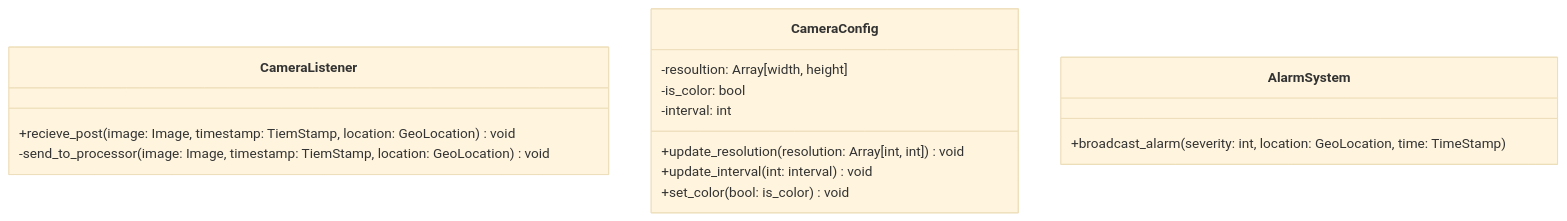
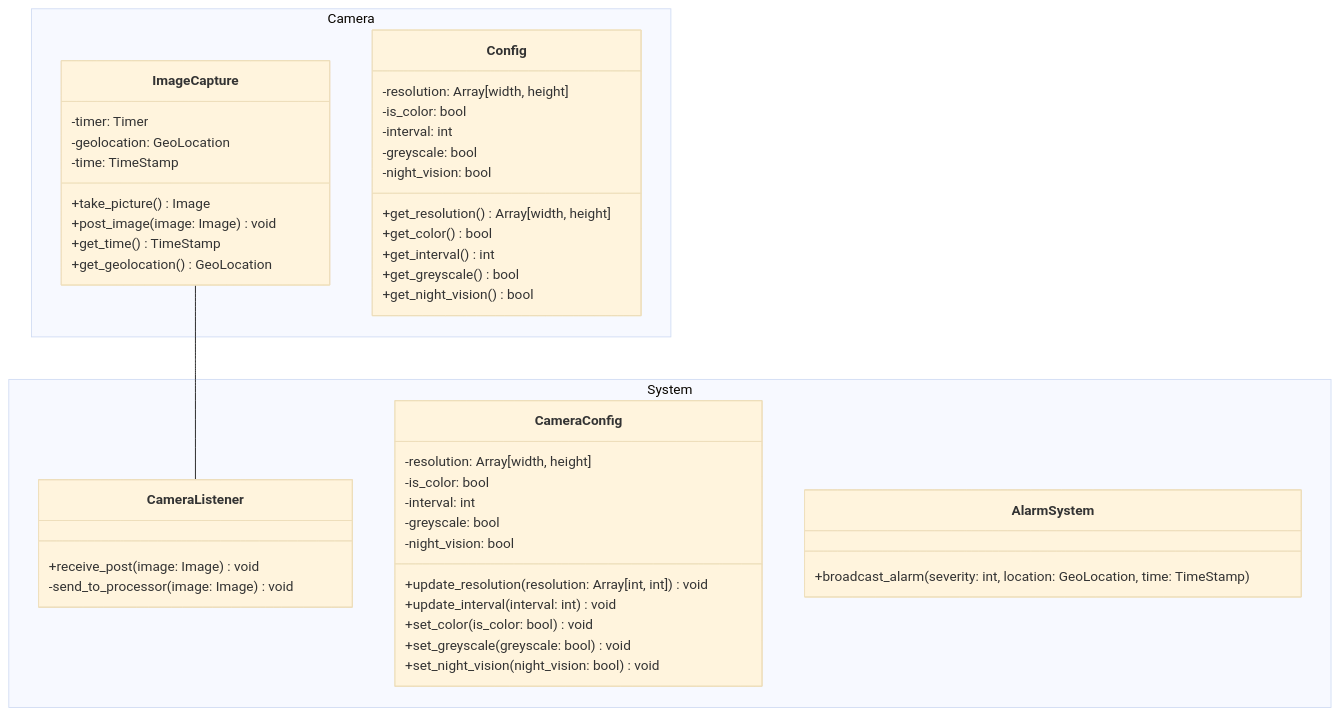
The diagram in backend_UML_class_diagram.mmd (RandomBird058/CS250-F26-Group7), drawn with Mermaid (base theme) before and after one commit.

Commit message:
Updated UML-class-diagram with camera and connecting arrows.

```diff
--- a/backend_UML_class_diagram.mmd
+++ b/backend_UML_class_diagram.mmd
@@ -1,18 +1,54 @@
 classDiagram
-    class CameraListener {
-        +recieve_post(image: Image, timestamp: TiemStamp, location: GeoLocation) void
-        -send_to_processor(image: Image, timestamp: TiemStamp, location: GeoLocation) void
+    namespace Camera {
+        class ImageCapture {
+            -timer: Timer
+            -geolocation: GeoLocation
+            -time: TimeStamp
+
+            +take_picture() Image
+            +post_image(image: Image) void
+            +get_time() TimeStamp
+            +get_geolocation() GeoLocation
+        }
+
+        class Config {
+            -resolution: Array[width, height]
+            -is_color: bool
+            -interval: int
+            -greyscale: bool
+            -night_vision: bool
+
+            +get_resolution() Array[width, height]
+            +get_color() bool
+            +get_interval() int
+            +get_greyscale() bool
+            +get_night_vision() bool
+        }
     }
 
-    class CameraConfig {
-        -resoultion: Array[width, height]
-        -is_color: bool
-        -interval: int
-        +update_resolution(resolution: Array[int, int]) void
-        +update_interval(int: interval) void
-        +set_color(bool: is_color) void
+    namespace System {
+        class CameraListener {
+            +receive_post(image: Image) void
+            -send_to_processor(image: Image) void
+        }
+
+        class CameraConfig {
+            -resolution: Array[width, height]
+            -is_color: bool
+            -interval: int
+            -greyscale: bool
+            -night_vision: bool
+
+            +update_resolution(resolution: Array[int, int]) void
+            +update_interval(interval: int) void
+            +set_color(is_color: bool) void
+            +set_greyscale(greyscale: bool) void
+            +set_night_vision(night_vision: bool) void
+        }
+
+        class AlarmSystem {
+            +broadcast_alarm(severity: int, location: GeoLocation, time: TimeStamp)
+        }
     }
 
-    class AlarmSystem {
-        +broadcast_alarm(severity: int, location: GeoLocation, time: TimeStamp)
-    }
+    ImageCapture -- CameraListener
```
